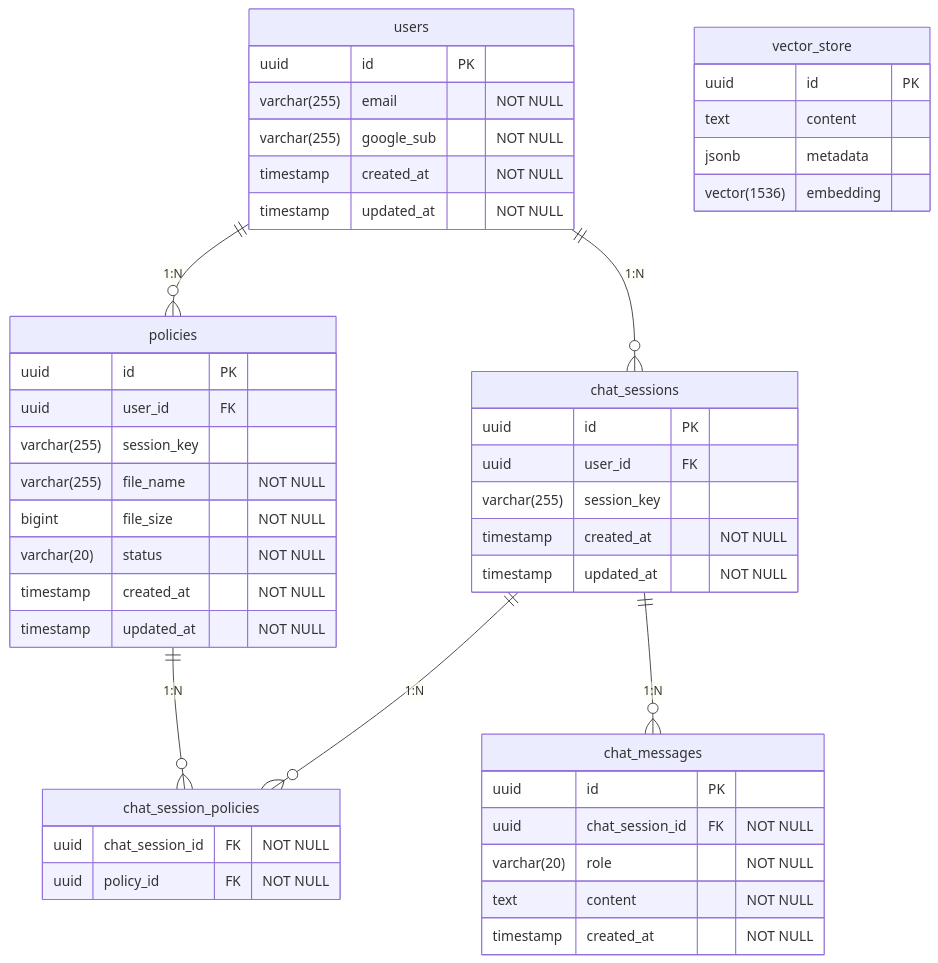
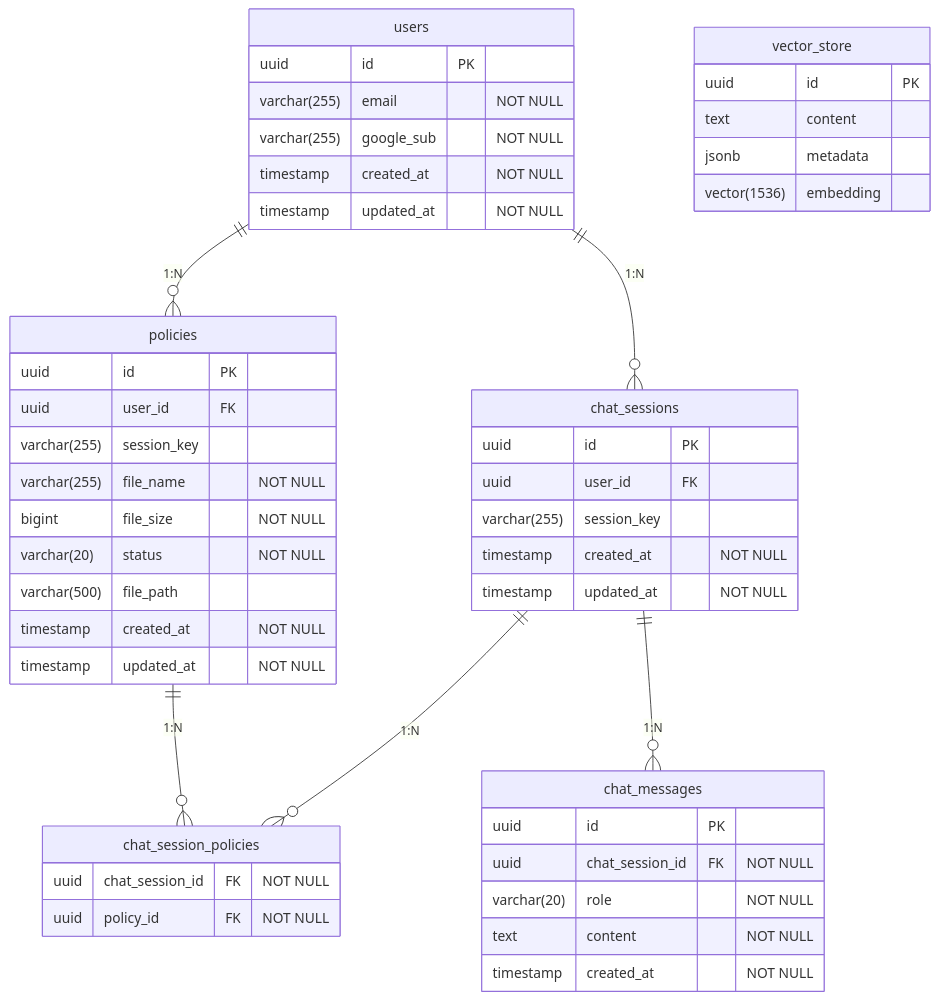
One commit to f-lab-edu/insurance-claim-helpers changed the diagram in docs/specs/2026-04-27-db-design.md. Above: the diagram before and after it, drawn with Mermaid. The commit also changed other lines of this file and 13 other files, not shown here.

````diff
--- a/docs/specs/2026-04-27-db-design.md
+++ b/docs/specs/2026-04-27-db-design.md
@@ -21,55 +21,56 @@
 ```mermaid
 erDiagram
     users {
         uuid id PK
         varchar(255) email "NOT NULL"
         varchar(255) google_sub "NOT NULL"
         timestamp created_at "NOT NULL"
         timestamp updated_at "NOT NULL"
     }
 
     policies {
         uuid id PK
         uuid user_id FK
         varchar(255) session_key
         varchar(255) file_name "NOT NULL"
         bigint file_size "NOT NULL"
         varchar(20) status "NOT NULL"
+        varchar(500) file_path
         timestamp created_at "NOT NULL"
         timestamp updated_at "NOT NULL"
     }
 
     chat_sessions {
         uuid id PK
         uuid user_id FK
         varchar(255) session_key
         timestamp created_at "NOT NULL"
         timestamp updated_at "NOT NULL"
     }
 
     chat_session_policies {
         uuid chat_session_id FK "NOT NULL"
         uuid policy_id FK "NOT NULL"
     }
 
     chat_messages {
         uuid id PK
         uuid chat_session_id FK "NOT NULL"
         varchar(20) role "NOT NULL"
         text content "NOT NULL"
         timestamp created_at "NOT NULL"
     }
 
     vector_store {
         uuid id PK
         text content
         jsonb metadata
         vector(1536) embedding
     }
 
     users ||--o{ policies : "1:N"
     users ||--o{ chat_sessions : "1:N"
     chat_sessions ||--o{ chat_session_policies : "1:N"
     policies ||--o{ chat_session_policies : "1:N"
     chat_sessions ||--o{ chat_messages : "1:N"
 ```
````
